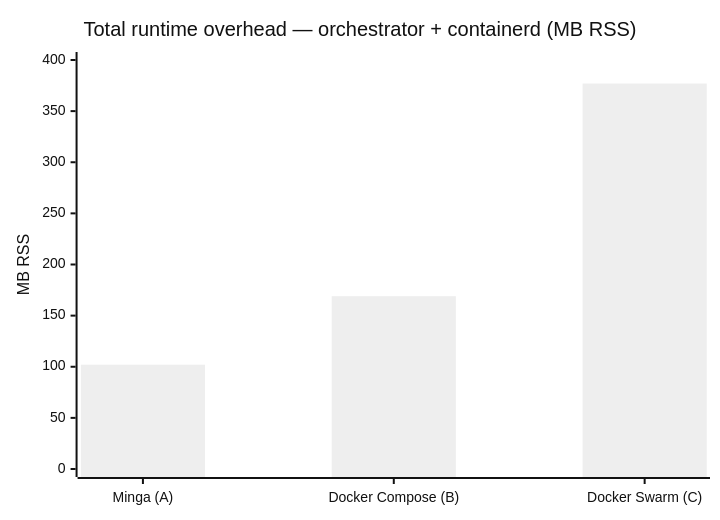
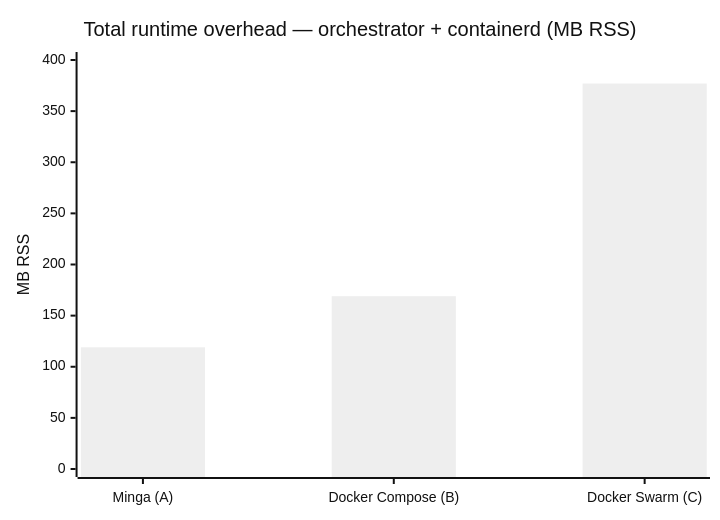
Before and after one commit to lithqube/minga: the second of 2 diagrams in docs/benchmark.md, drawn with Mermaid (neutral theme). The commit also changed other lines of this file, not shown here.

````diff
--- a/docs/benchmark.md
+++ b/docs/benchmark.md
@@ -53,7 +56,7 @@
 ```mermaid
 xychart-beta
     title "Total runtime overhead — orchestrator + containerd (MB RSS)"
     x-axis ["Minga (A)", "Docker Compose (B)", "Docker Swarm (C)"]
     y-axis "MB RSS" 0 --> 400
-    bar [102, 169, 377]
+    bar [119, 169, 377]
 ```
````
